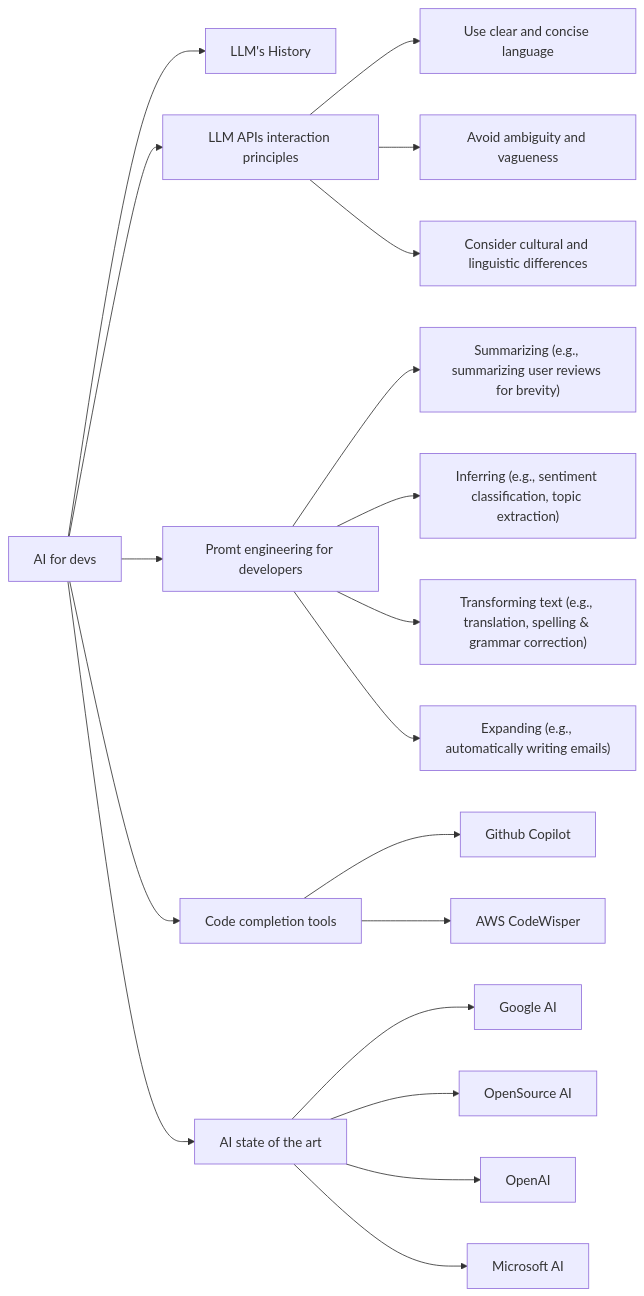
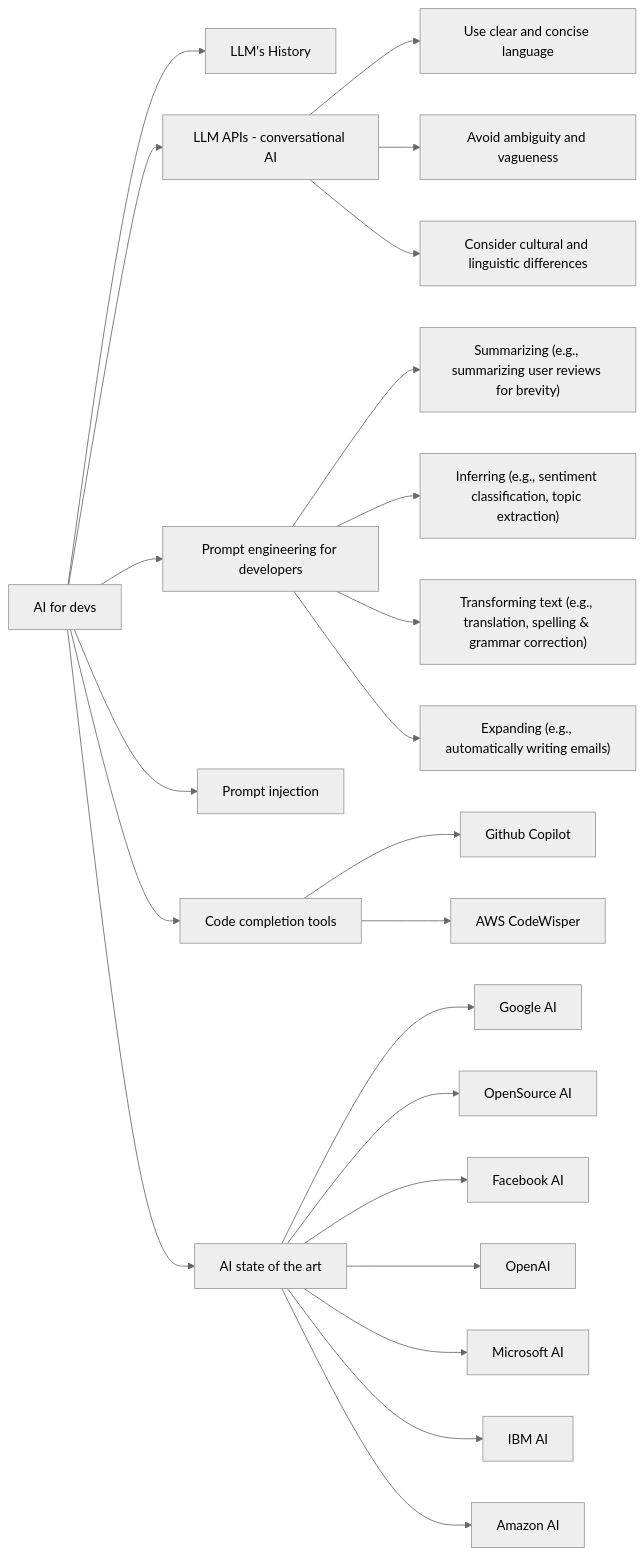
The diagram in README.md (adben/prompt-engineering), drawn with Mermaid before and after one commit.

Commit message:
fixed diagram formatting

````diff
--- a/README.md
+++ b/README.md
@@ -25,21 +25,34 @@
 ```mermaid
+%%{init: {'theme': 'neutral'}}%%
 graph LR
     A["AI for devs"] --> X["LLM's History"]
-    A --> B["LLM APIs interaction principles"]
+    A --> B["LLM APIs - conversational AI"]
     B --> D["Use clear and concise language"]
     B --> E["Avoid ambiguity and vagueness"]
     B --> F["Consider cultural and linguistic differences"]
-    A --> G["Promt engineering for developers"]
+    A --> G["Prompt engineering for developers"]
     G --> H["Summarizing (e.g., summarizing user reviews for brevity)"]
     G --> I["Inferring (e.g., sentiment classification, topic extraction)"]
     G --> J["Transforming text (e.g., translation, spelling & grammar correction)"]
     G --> K["Expanding (e.g., automatically writing emails)"]
+    A --> L["Prompt injection"]
     A --> M["Code completion tools"]
     M --> N["Github Copilot"]
     M --> O["AWS CodeWisper"]
     A --> P["AI state of the art"]
     P --> Q["Google AI"]
     P --> R["OpenSource AI"]
-    P --> U["OpenAI"]
-    P --> V["Microsoft AI"]
+    P --> S["Facebook AI"]
+    P --> T["OpenAI"]
+    P --> U["Microsoft AI"]
+    P --> V["IBM AI"]
+    P --> W["Amazon AI"]
+
+%%    style X fill: lightblue, stroke: #333, stroke-width: 2px
+%%    style B fill: lightyellow, stroke: #333, stroke-width: 2px
+%%    style G fill: magenta, stroke: #333, stroke-width: 2px
+%%    style L fill: lightgrey, stroke: #333, stroke-width: 2px
+%%    style M fill: lightgreen, stroke: #333, stroke-width: 2px
+%%    style N fill: lightgreen, stroke: #333, stroke-width: 2px
+%%    style P fill: lightcyan, stroke: #333, stroke-width: 2px
 ```
````
